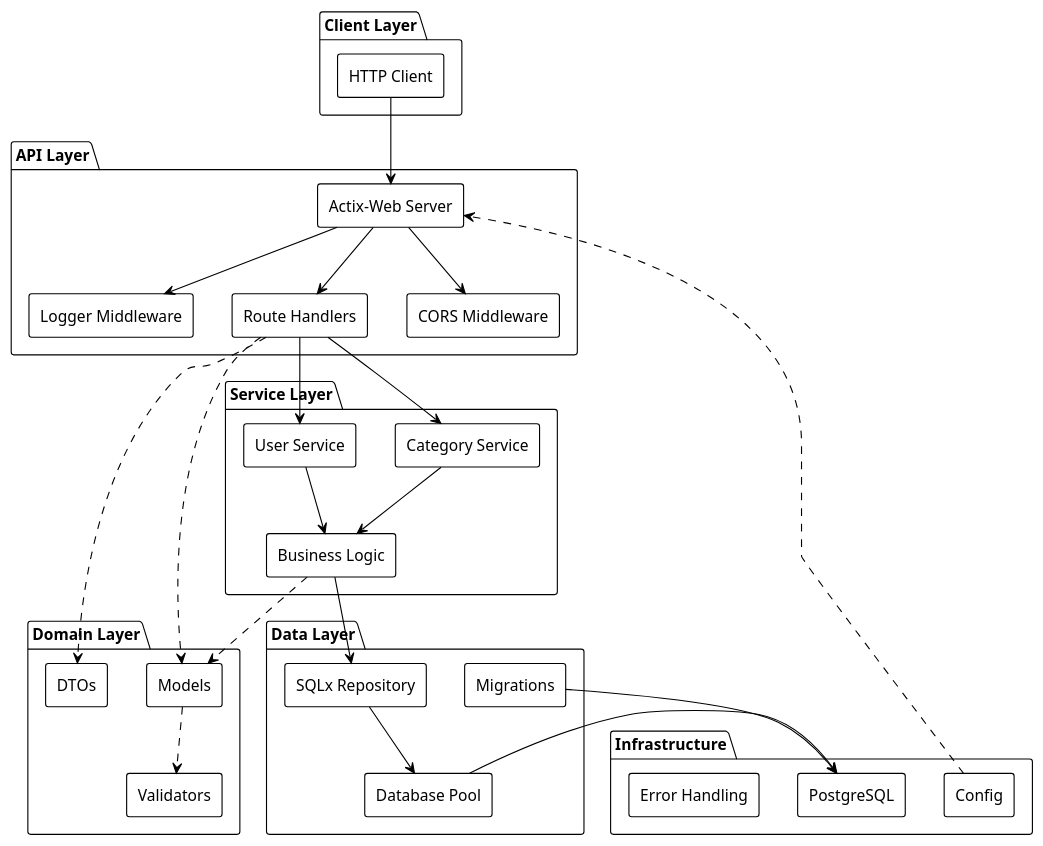
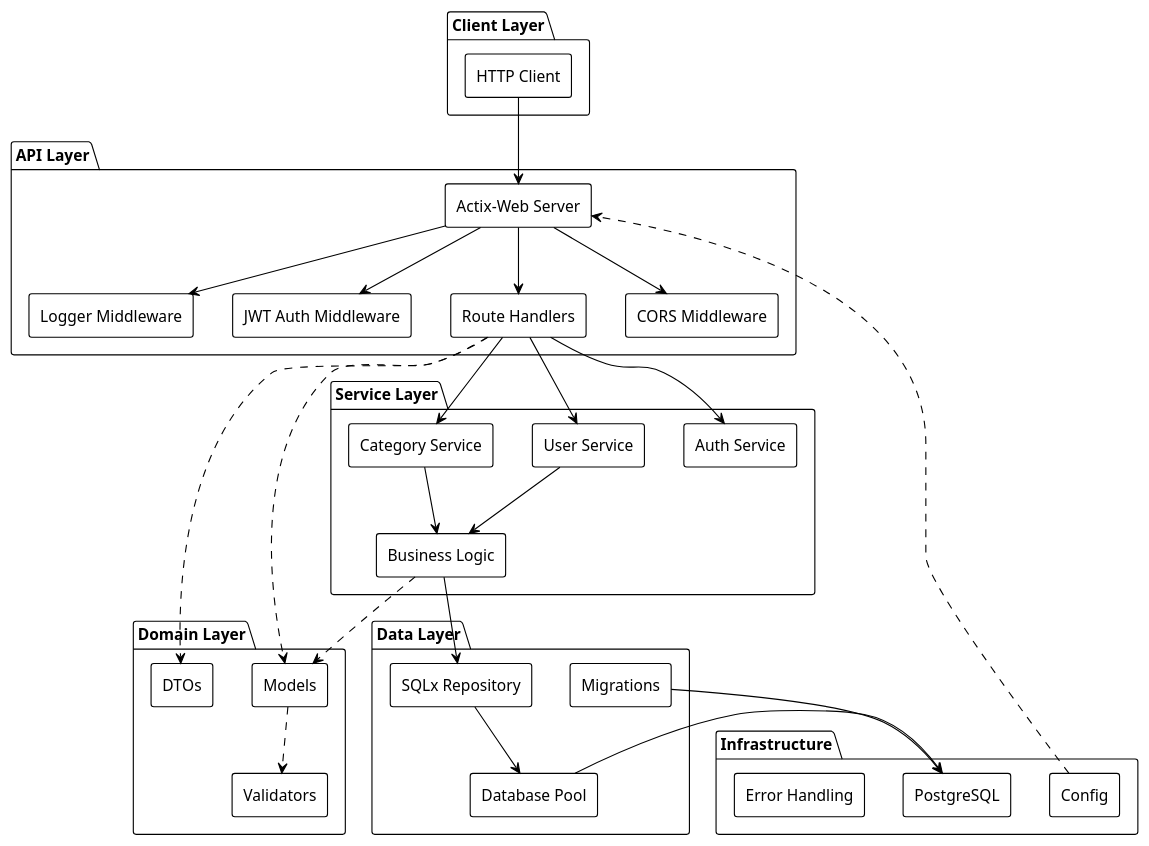
The first of 15 diagrams in docs/money_manager_architecture.md (Borelli-7/finGest-rs), drawn with PlantUML before and after one commit. The commit also changed other lines of this file and 2 other files, not shown here.

First line of the commit message:
Add authentication service documentation and update architecture diagrams

````diff
--- a/docs/money_manager_architecture.md
+++ b/docs/money_manager_architecture.md
@@ -34,61 +35,65 @@
 ```plantuml
 @startuml Money Manager - High Level Architecture
 !theme plain
 skinparam componentStyle rectangle
 
 package "Client Layer" {
     [HTTP Client] as client
 }
 
 package "API Layer" {
     [Actix-Web Server] as server
     [CORS Middleware] as cors
     [Logger Middleware] as logger
+    [JWT Auth Middleware] as jwtAuth
     [Route Handlers] as handlers
 }
 
 package "Service Layer" {
+    [Auth Service] as authSvc
     [User Service] as userSvc
     [Category Service] as catSvc
     [Business Logic] as logic
 }
 
 package "Data Layer" {
     [Database Pool] as pool
     [SQLx Repository] as repo
     [Migrations] as migrations
 }
 
 package "Domain Layer" {
     [Models] as models
     [DTOs] as dtos
     [Validators] as validators
 }
 
 package "Infrastructure" {
     [PostgreSQL] as db
     [Config] as config
     [Error Handling] as errors
 }
 
 client --> server
 server --> cors
 server --> logger
+server --> jwtAuth
 server --> handlers
+handlers --> authSvc
 handlers --> userSvc
 handlers --> catSvc
 userSvc --> logic
 catSvc --> logic
 logic --> repo
 repo --> pool
 pool --> db
 migrations --> db
 
 handlers ..> models
 handlers ..> dtos
 models ..> validators
 logic ..> models
 config ..> server
 
 @enduml
 ```
````
